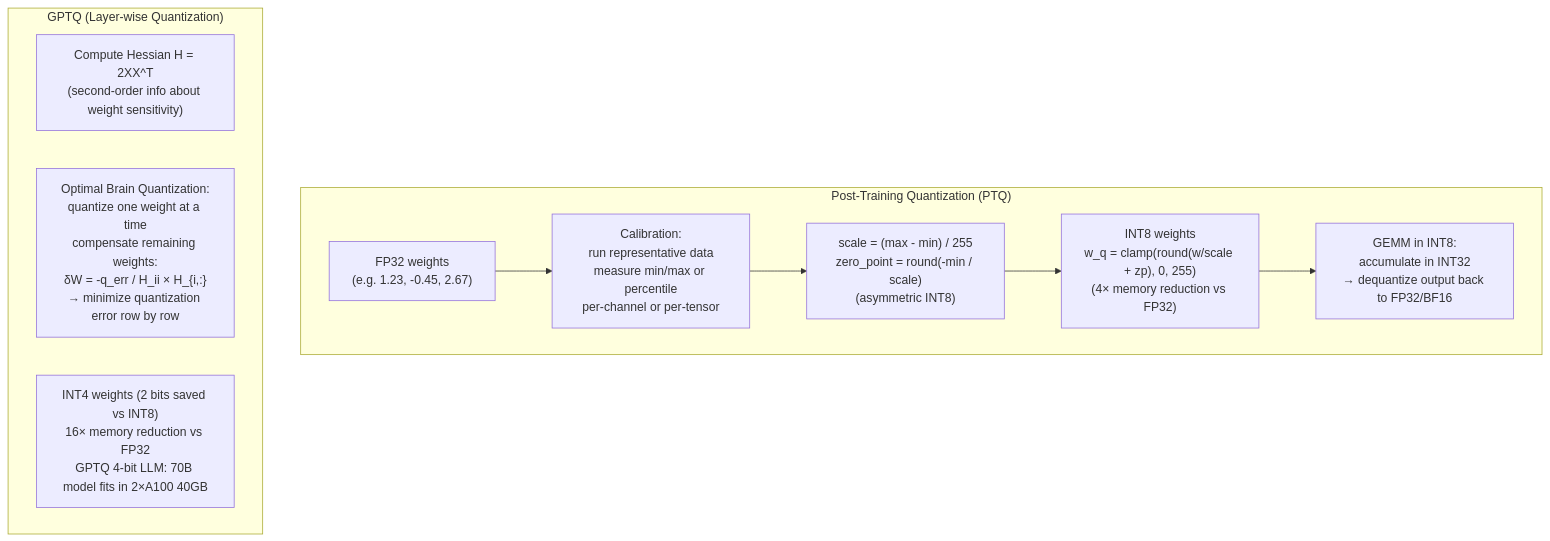
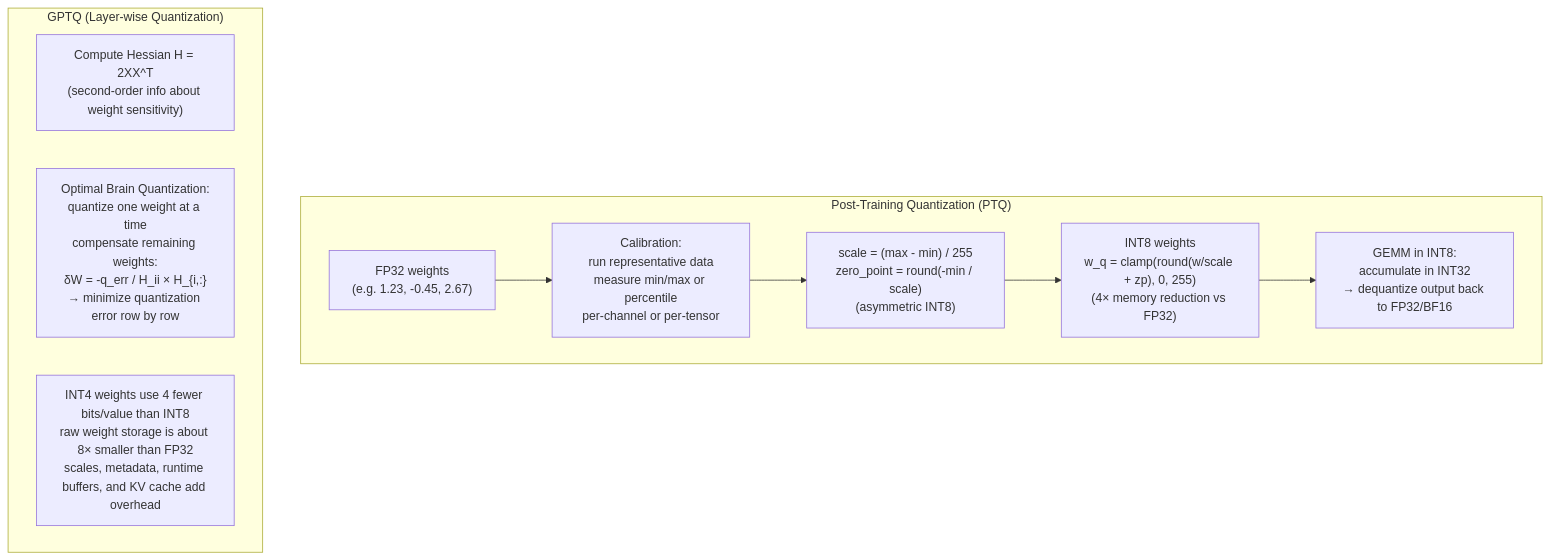
One commit to choisimo/document changed diagram 16 of 24 in content/docs/books/cs-reference/ko/ml-ai-internals.md. Above: the diagram before and after it, drawn with Mermaid. The commit also changed other lines of this file and 504 other files, not shown here.

````diff
--- a/content/docs/books/cs-reference/ko/ml-ai-internals.md
+++ b/content/docs/books/cs-reference/ko/ml-ai-internals.md
@@ -357,17 +359,17 @@
 ```mermaid
 flowchart TD
     subgraph "Post-Training Quantization (PTQ)"
         FP32_W["FP32 weights\n(e.g. 1.23, -0.45, 2.67)"]
         CalibRange["Calibration:\nrun representative data\nmeasure min/max or percentile\nper-channel or per-tensor"]
         Scale["scale = (max - min) / 255\nzero_point = round(-min / scale)\n(asymmetric INT8)"]
         INT8_W["INT8 weights\nw_q = clamp(round(w/scale + zp), 0, 255)\n(4× memory reduction vs FP32)"]
         DequantGEMM["GEMM in INT8:\naccumulate in INT32\n→ dequantize output back to FP32/BF16"]
     end
     FP32_W --> CalibRange --> Scale --> INT8_W --> DequantGEMM
 
     subgraph "GPTQ (Layer-wise Quantization)"
         Hessian["Compute Hessian H = 2XX^T\n(second-order info about weight sensitivity)"]
         OBQ["Optimal Brain Quantization:\nquantize one weight at a time\ncompensate remaining weights:\nδW = -q_err / H_ii × H_{i,:}\n→ minimize quantization error row by row"]
-        INT4["INT4 weights (2 bits saved vs INT8)\n16× memory reduction vs FP32\nGPTQ 4-bit LLM: 70B model fits in 2×A100 40GB"]
+        INT4["INT4 weights use 4 fewer bits/value than INT8\nraw weight storage is about 8× smaller than FP32\nscales, metadata, runtime buffers, and KV cache add overhead"]
     end
 ```
````
